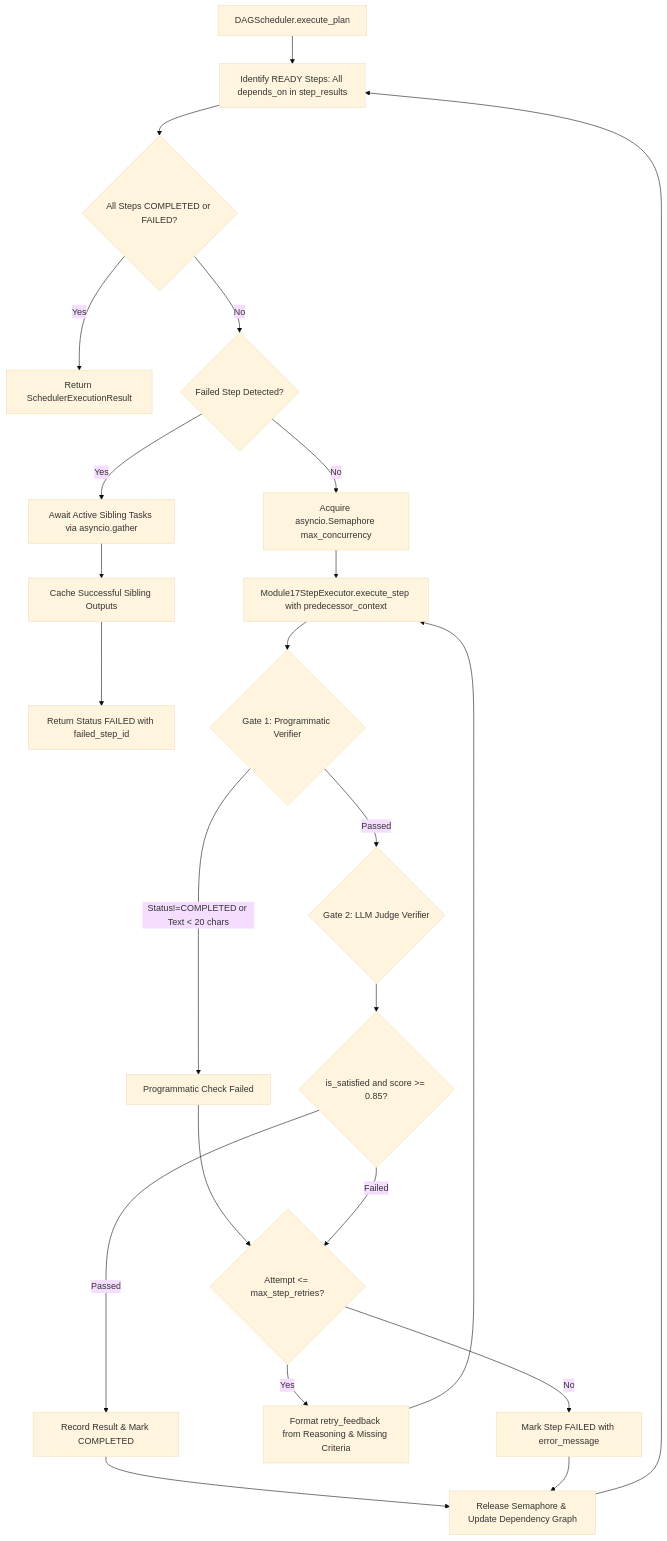
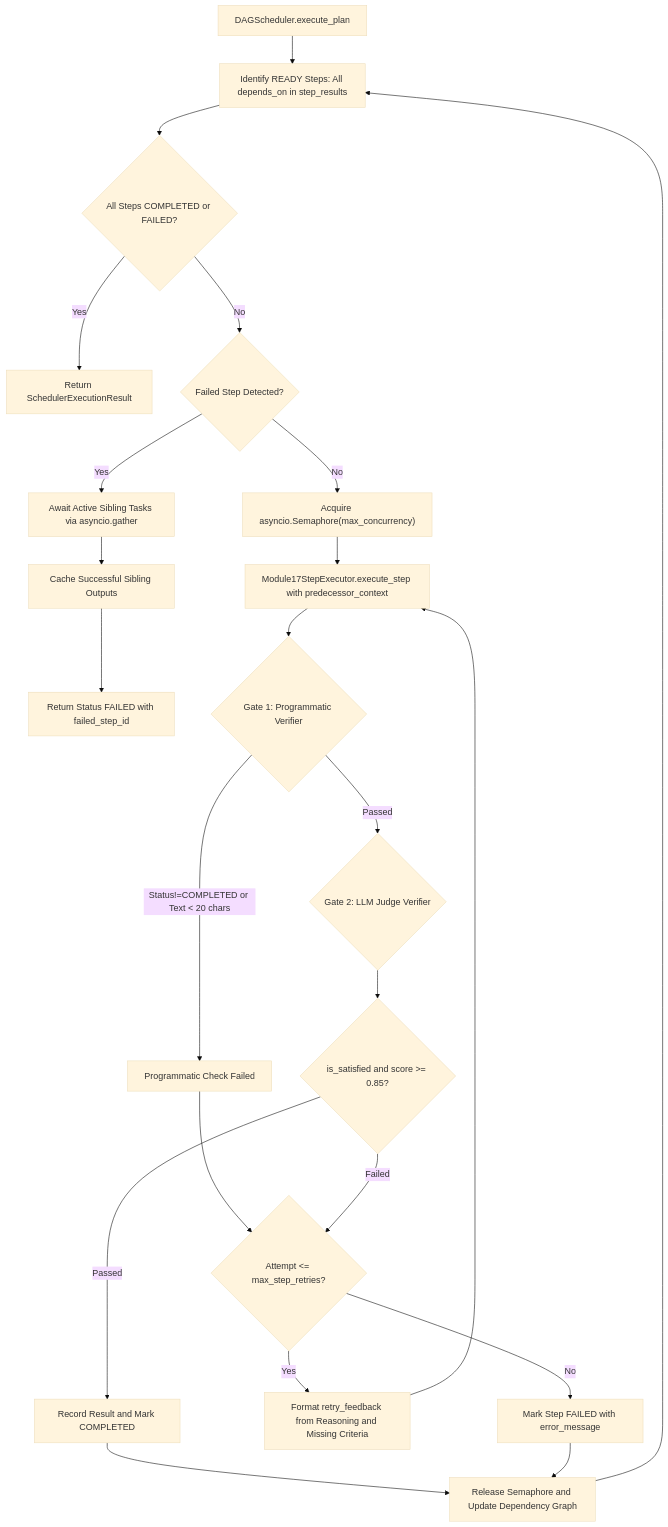
Before and after one commit to harshilkatharva/genai-engineer-journey: the fourth of 5 diagrams in module-18-planning/docs/FLOW.md, drawn with Mermaid (base theme). The commit also changed other lines of this file, not shown here.

Commit message:
docs(module-18): fix mermaid syntax errors in FLOW.md

````diff
--- a/module-18-planning/docs/FLOW.md
+++ b/module-18-planning/docs/FLOW.md
@@ -161,32 +160,32 @@
 ```mermaid
 flowchart TD
-    Start[DAGScheduler.execute_plan] --> TopoCheck[Identify READY Steps: All depends_on in step_results]
-    TopoCheck --> ActiveCheck{All Steps COMPLETED or FAILED?}
-    ActiveCheck -- Yes --> FinalResult[Return SchedulerExecutionResult]
-    ActiveCheck -- No --> SiblingCheck{Failed Step Detected?}
+    Start["DAGScheduler.execute_plan"] --> TopoCheck["Identify READY Steps: All depends_on in step_results"]
+    TopoCheck --> ActiveCheck{"All Steps COMPLETED or FAILED?"}
+    ActiveCheck -- "Yes" --> FinalResult["Return SchedulerExecutionResult"]
+    ActiveCheck -- "No" --> SiblingCheck{"Failed Step Detected?"}
     
-    SiblingCheck -- Yes --> SettleWait[Await Active Sibling Tasks via asyncio.gather]
-    SettleWait --> RecordSiblings[Cache Successful Sibling Outputs]
-    RecordSiblings --> ReturnFailed[Return Status FAILED with failed_step_id]
+    SiblingCheck -- "Yes" --> SettleWait["Await Active Sibling Tasks via asyncio.gather"]
+    SettleWait --> RecordSiblings["Cache Successful Sibling Outputs"]
+    RecordSiblings --> ReturnFailed["Return Status FAILED with failed_step_id"]
 
-    SiblingCheck -- No --> ConcurrencyGate[Acquire asyncio.Semaphore max_concurrency]
-    ConcurrencyGate --> RunStep[Module17StepExecutor.execute_step with predecessor_context]
+    SiblingCheck -- "No" --> ConcurrencyGate["Acquire asyncio.Semaphore(max_concurrency)"]
+    ConcurrencyGate --> RunStep["Module17StepExecutor.execute_step with predecessor_context"]
     
-    RunStep --> Gate1{Gate 1: Programmatic Verifier}
-    Gate1 -- Status!=COMPLETED or Text < 20 chars --> Gate1Fail[Programmatic Check Failed]
-    Gate1 -- Passed --> Gate2{Gate 2: LLM Judge Verifier}
+    RunStep --> Gate1{"Gate 1: Programmatic Verifier"}
+    Gate1 -- "Status!=COMPLETED or Text < 20 chars" --> Gate1Fail["Programmatic Check Failed"]
+    Gate1 -- "Passed" --> Gate2{"Gate 2: LLM Judge Verifier"}
     
-    Gate2 --> ScoreEval{is_satisfied and score >= 0.85?}
-    ScoreEval -- Passed --> StepDone[Record Result & Mark COMPLETED]
-    StepDone --> ReleaseSem[Release Semaphore & Update Dependency Graph]
+    Gate2 --> ScoreEval{"is_satisfied and score >= 0.85?"}
+    ScoreEval -- "Passed" --> StepDone["Record Result and Mark COMPLETED"]
+    StepDone --> ReleaseSem["Release Semaphore and Update Dependency Graph"]
     ReleaseSem --> TopoCheck
 
-    Gate1Fail --> RetryCheck{Attempt <= max_step_retries?}
-    ScoreEval -- Failed --> RetryCheck
+    Gate1Fail --> RetryCheck{"Attempt <= max_step_retries?"}
+    ScoreEval -- "Failed" --> RetryCheck
     
-    RetryCheck -- Yes --> BuildFeedback[Format retry_feedback from Reasoning & Missing Criteria]
+    RetryCheck -- "Yes" --> BuildFeedback["Format retry_feedback from Reasoning and Missing Criteria"]
     BuildFeedback --> RunStep
     
-    RetryCheck -- No --> StepFail[Mark Step FAILED with error_message]
+    RetryCheck -- "No" --> StepFail["Mark Step FAILED with error_message"]
     StepFail --> ReleaseSem
 ```
````
